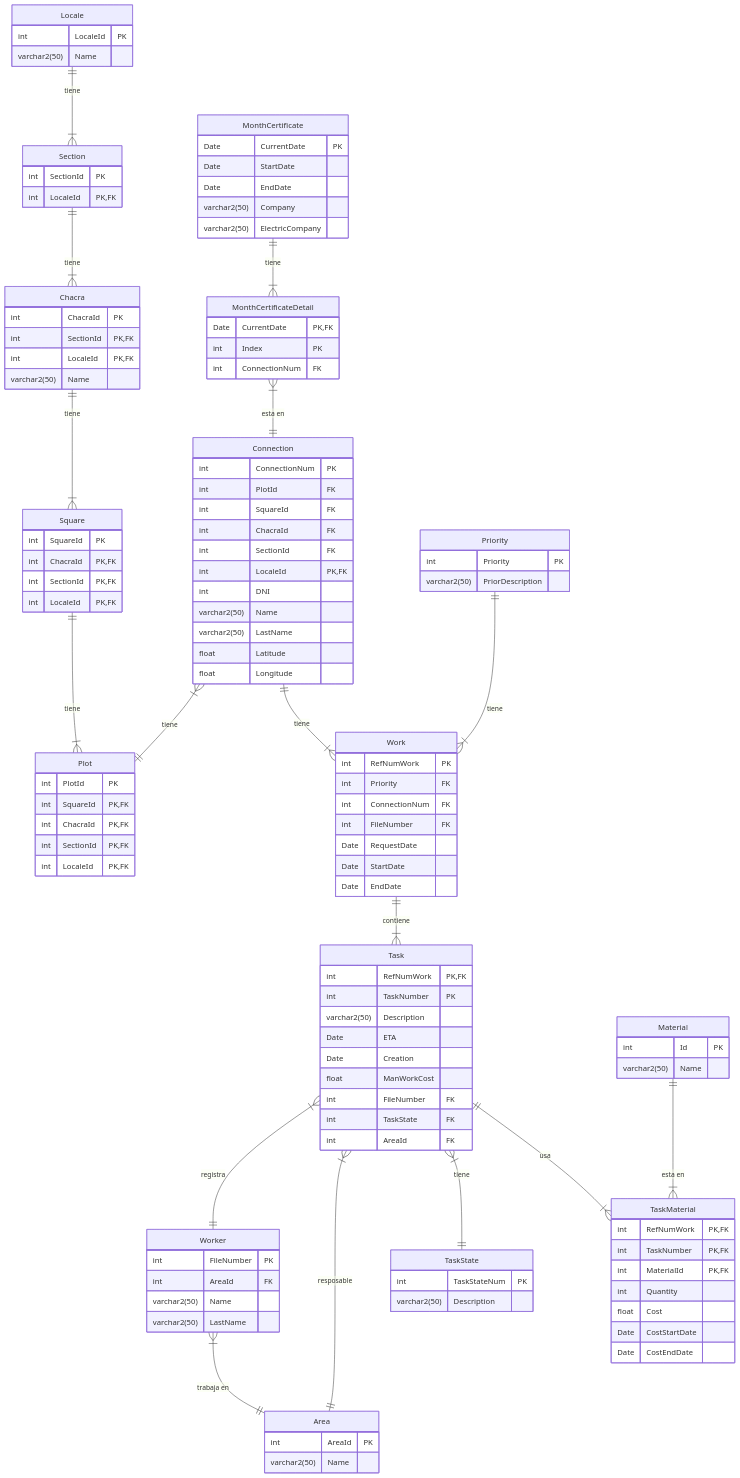
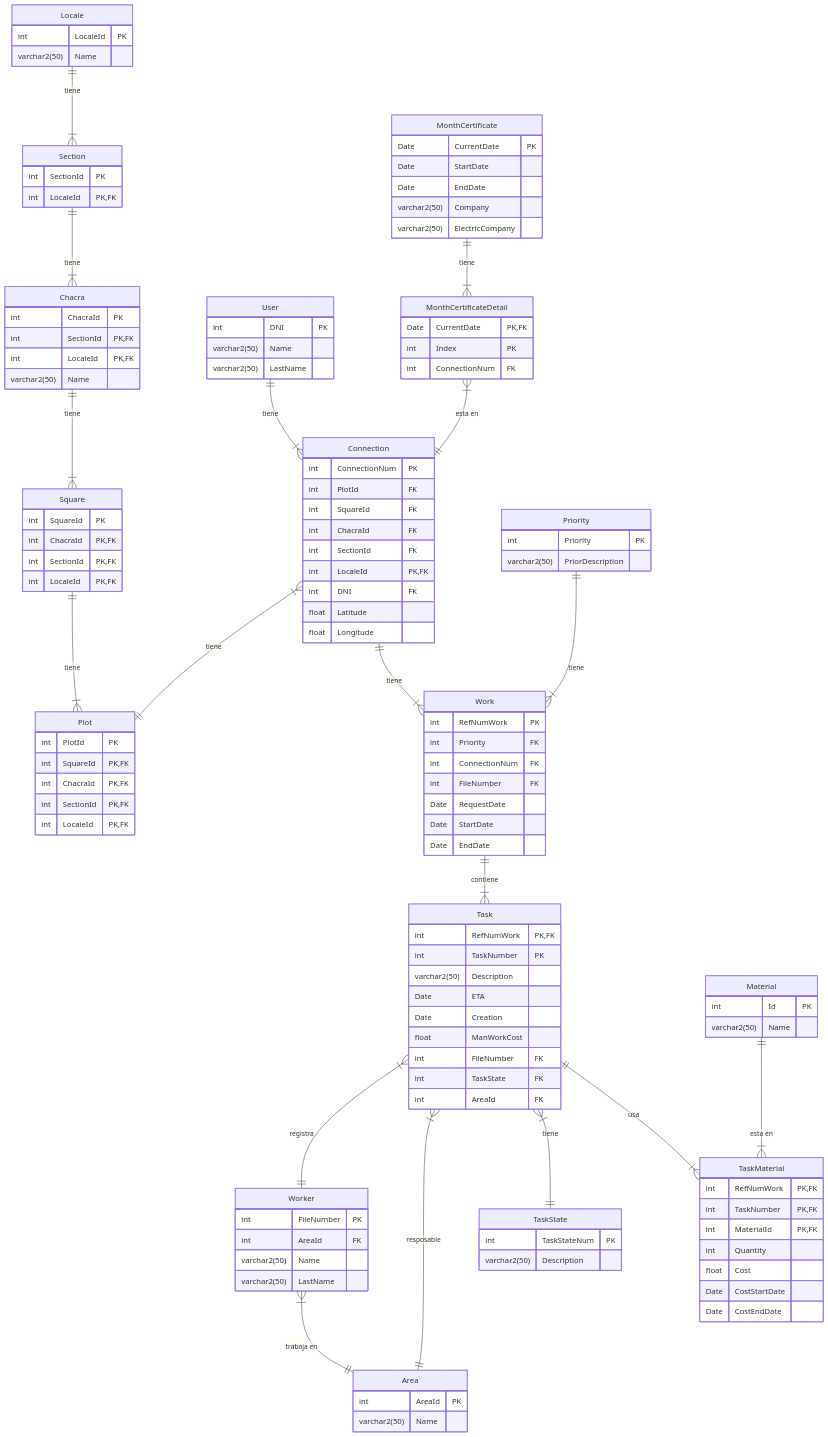
The diagram in docs/DER.md (Oscar-Wohlfarhrt/TBD-2024-TPI), drawn with Mermaid before and after one commit.

````diff
--- a/docs/DER.md
+++ b/docs/DER.md
@@ -38,12 +38,15 @@
 		int ChacraId FK
 		int SectionId FK
         int LocaleId PK,FK
-        int DNI
-        varchar2(50) Name
-        varchar2(50) LastName
+        int DNI FK
         float Latitude
 		float Longitude
 	}
+    User{
+        int DNI PK
+        varchar2(50) Name
+        varchar2(50) LastName
+    }
 
     Area{
         int AreaId PK
@@ -128,4 +131,5 @@
 	Task ||--|{ TaskMaterial : usa
 	Material ||--|{ TaskMaterial : "esta en"
     Priority ||--|{ Work : "tiene"
+    User ||--|{ Connection : "tiene"
 ```
````
